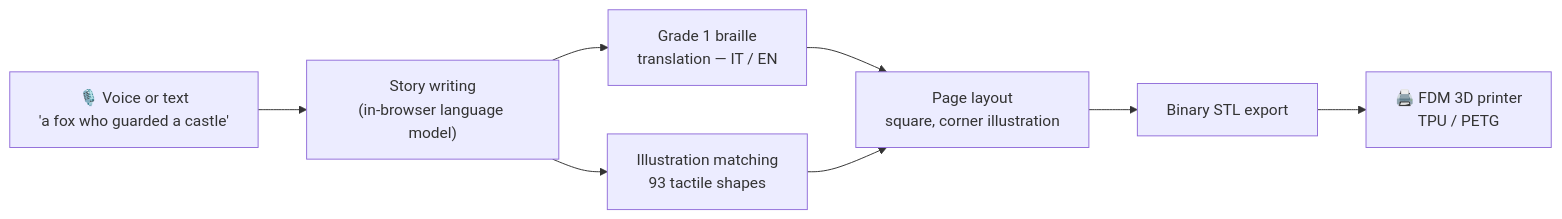
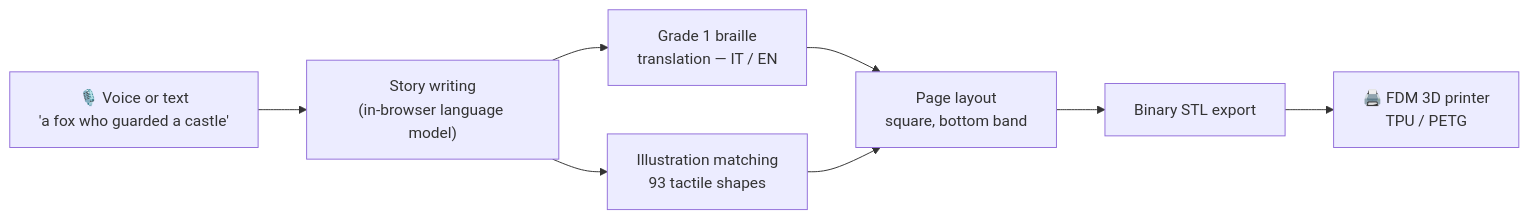
Before and after one commit to thatsfaso/tact: the diagram in README.md, drawn with Mermaid. The commit also changed other lines of this file and 17 other files, not shown here.

First line of the commit message:
Split the paper into versioned folders: v1 (corner layout) and v2 (current)

````diff
--- a/README.md
+++ b/README.md
@@ -31,10 +31,10 @@
 ```mermaid
 flowchart LR
     A["🎙️ Voice or text\n'a fox who guarded a castle'"] --> B["Story writing\n(in-browser language model)"]
     B --> C["Grade 1 braille\ntranslation — IT / EN"]
     B --> D["Illustration matching\n93 tactile shapes"]
-    C --> E["Page layout\nsquare, corner illustration"]
+    C --> E["Page layout\nsquare, bottom band"]
     D --> E
     E --> F["Binary STL export"]
     F --> G["🖨️ FDM 3D printer\nTPU / PETG"]
 ```
````
